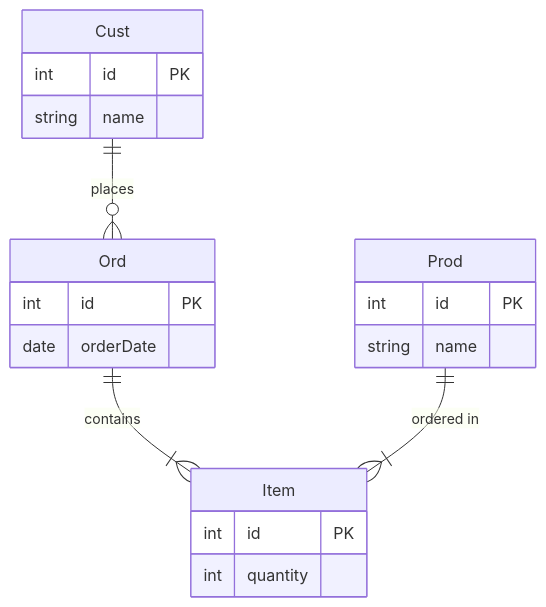
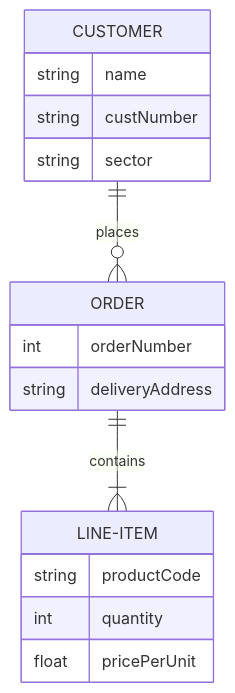
The tenth of 17 diagrams in skills/mermaid/examples/er.md (teachingai/full-stack-skills), drawn with Mermaid before and after one commit. The commit also changed other lines of this file and 21 other files, not shown here.

First line of the commit message:
docs(mermaid): 更新架构、块、C4和类图示例文档

````diff
--- a/skills/mermaid/examples/er.md
+++ b/skills/mermaid/examples/er.md
@@ -85,23 +173,20 @@
 ```mermaid
 erDiagram
-    CUSTOMER[Cust] {
-        int id PK
+    direction TB
+    CUSTOMER ||--o{ ORDER : places
+    CUSTOMER {
         string name
+        string custNumber
+        string sector
     }
-    ORDER[Ord] {
-        int id PK
-        date orderDate
+    ORDER ||--|{ LINE-ITEM : contains
+    ORDER {
+        int orderNumber
+        string deliveryAddress
     }
-    LINE_ITEM[Item] {
-        int id PK
+    LINE-ITEM {
+        string productCode
         int quantity
+        float pricePerUnit
     }
-    PRODUCT[Prod] {
-        int id PK
-        string name
-    }
-    
-    CUSTOMER ||--o{ ORDER : places
-    ORDER ||--|{ LINE_ITEM : contains
-    PRODUCT ||--|{ LINE_ITEM : "ordered in"
 ```
````
